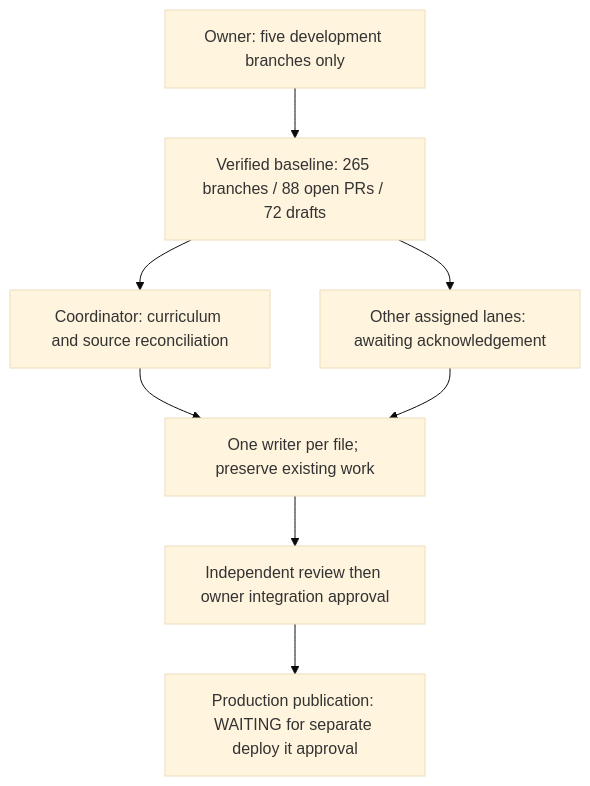
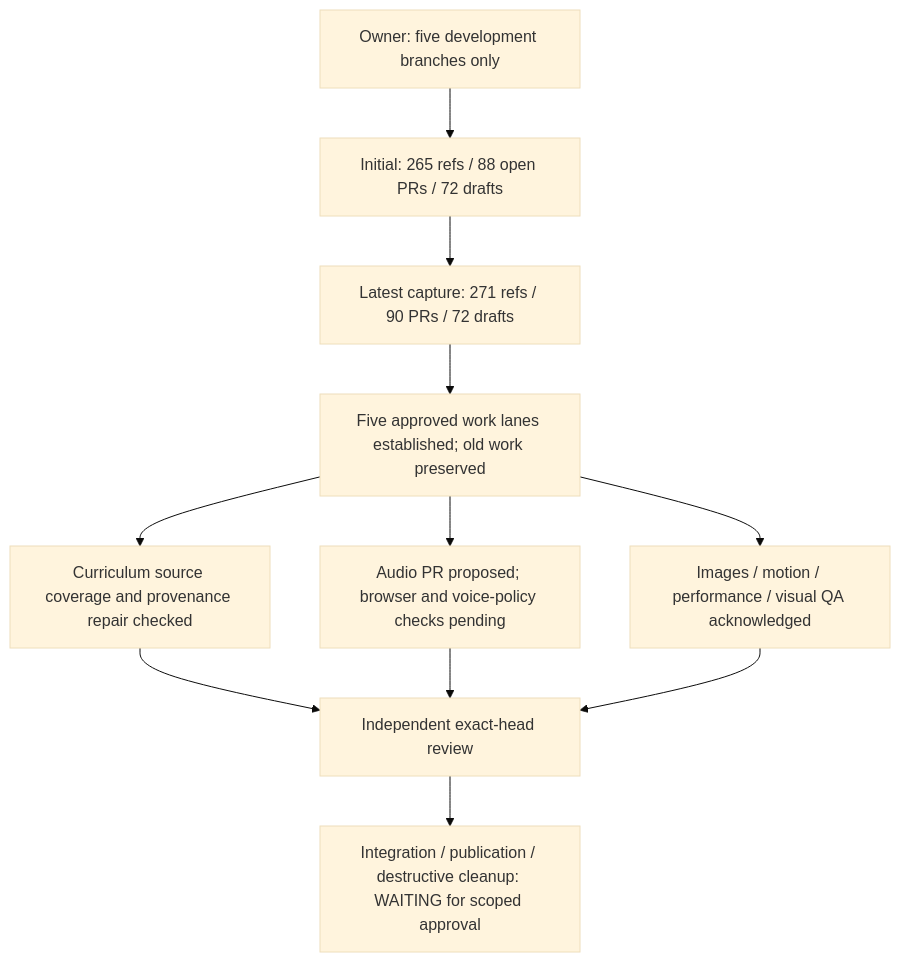
The first of 4 diagrams in docs/OWNER-VISUAL-STATUS.md (ejnburrows-rgb/cartilla-de-gretel), drawn with Mermaid (base theme) before and after one commit. The commit also changed other lines of this file and 7 other files, not shown here.

Commit message:
fix(curriculum): use canonical source scans and exclude unavailable references

````diff
--- a/docs/OWNER-VISUAL-STATUS.md
+++ b/docs/OWNER-VISUAL-STATUS.md
@@ -12,10 +12,13 @@
 ```mermaid
 flowchart TD
-  A["Owner: five development branches only"] --> B["Verified baseline: 265 branches / 88 open PRs / 72 drafts"]
-  B --> C["Coordinator: curriculum and source reconciliation"]
-  B --> D["Other assigned lanes: awaiting acknowledgement"]
-  C --> E["One writer per file; preserve existing work"]
-  D --> E
-  E --> F["Independent review then owner integration approval"]
-  F --> G["Production publication: WAITING for separate deploy it approval"]
+  A["Owner: five development branches only"] --> B["Initial: 265 refs / 88 open PRs / 72 drafts"]
+  B --> C["Latest capture: 271 refs / 90 PRs / 72 drafts"]
+  C --> D["Five approved work lanes established; old work preserved"]
+  D --> E["Curriculum source coverage and provenance repair checked"]
+  D --> F["Audio PR proposed; browser and voice-policy checks pending"]
+  D --> G["Images / motion / performance / visual QA acknowledged"]
+  E --> H["Independent exact-head review"]
+  F --> H
+  G --> H
+  H --> I["Integration / publication / destructive cleanup: WAITING for scoped approval"]
 ```
````
